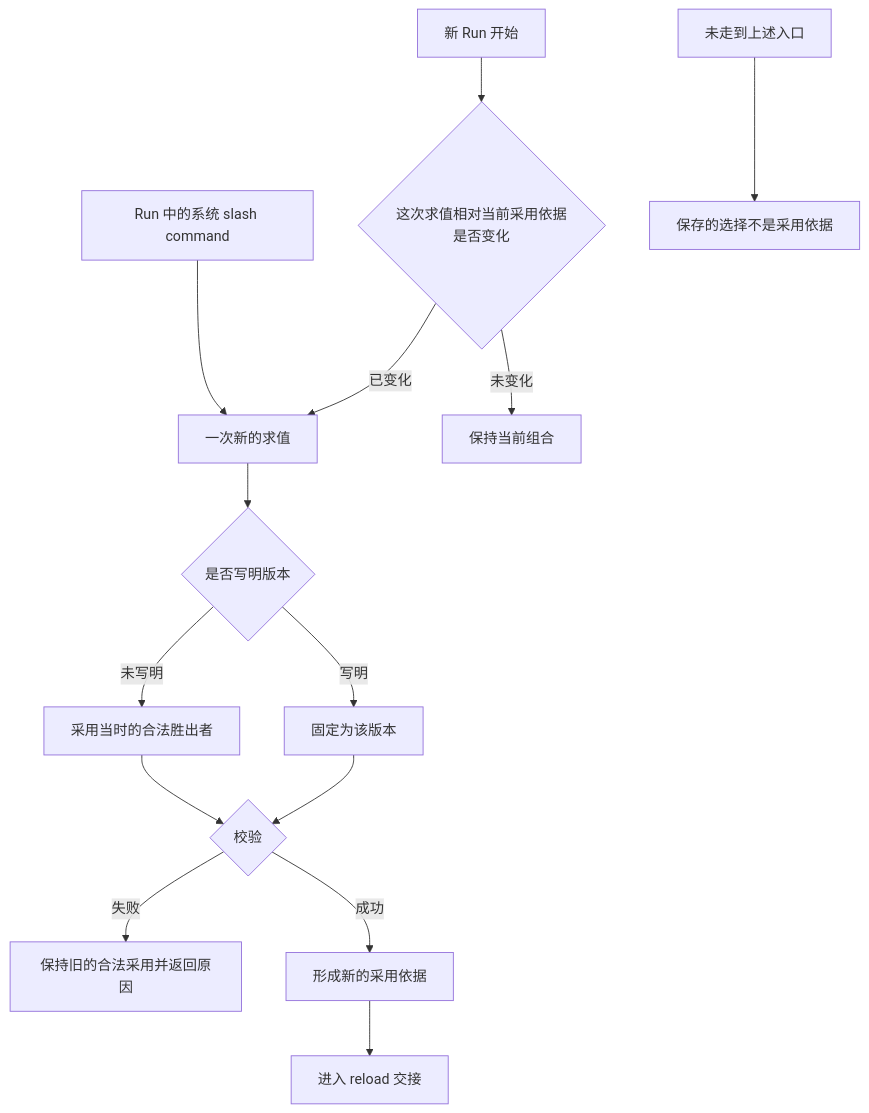
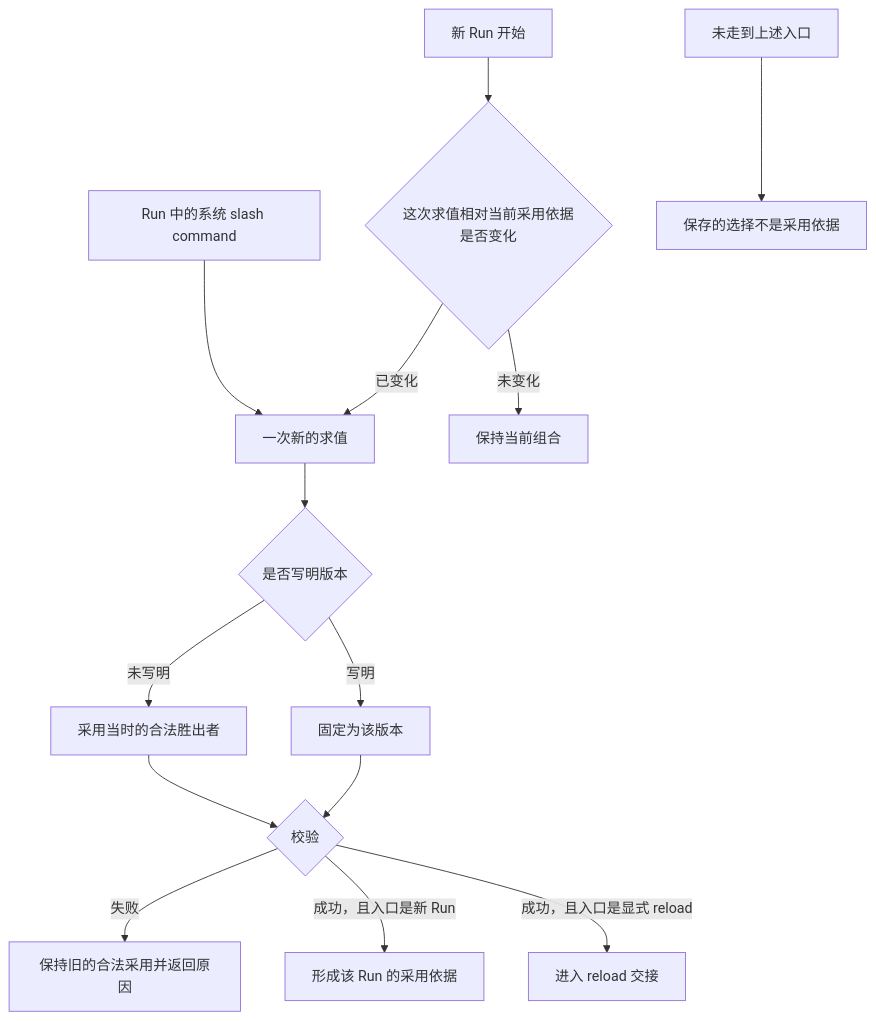
One commit to nemori-ai/omne-harness-lite changed the first of 2 diagrams in docs/architecture/runtime/assembly-and-change.md. Above: the diagram before and after it, drawn with Mermaid. The commit also changed other lines of this file and 6 other files, not shown here.

First line of the commit message:
docs(assembly): 补齐采用切换的缺口并分开两张图

````diff
--- a/docs/architecture/runtime/assembly-and-change.md
+++ b/docs/architecture/runtime/assembly-and-change.md
@@ -58,16 +58,16 @@
 ```mermaid
 flowchart TD
   runStart[新 Run 开始] --> compare{这次求值相对当前采用依据是否变化}
   slash[Run 中的系统 slash command] --> eval[一次新的求值]
   compare -->|未变化| keep[保持当前组合]
   compare -->|已变化| eval
   eval --> named{是否写明版本}
   named -->|未写明| winner[采用当时的合法胜出者]
   named -->|写明| pinned[固定为该版本]
   winner --> check{校验}
   pinned --> check
   check -->|失败| old[保持旧的合法采用并返回原因]
-  check -->|成功| basis[形成新的采用依据]
-  basis --> handoff[进入 reload 交接]
+  check -->|成功，且入口是新 Run| runBasis[形成该 Run 的采用依据]
+  check -->|成功，且入口是显式 reload| handoff[进入 reload 交接]
   outside[未走到上述入口] --> saved[保存的选择不是采用依据]
 ```
````
